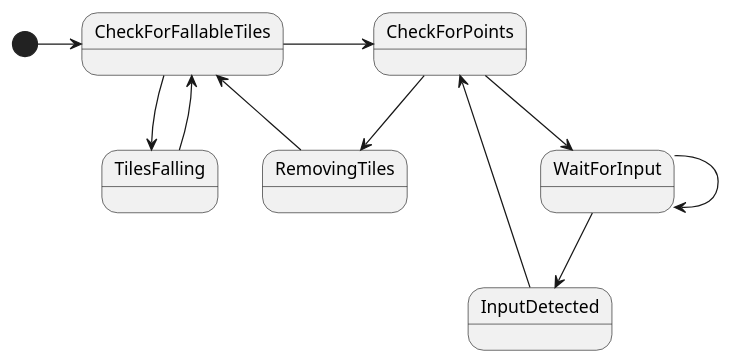
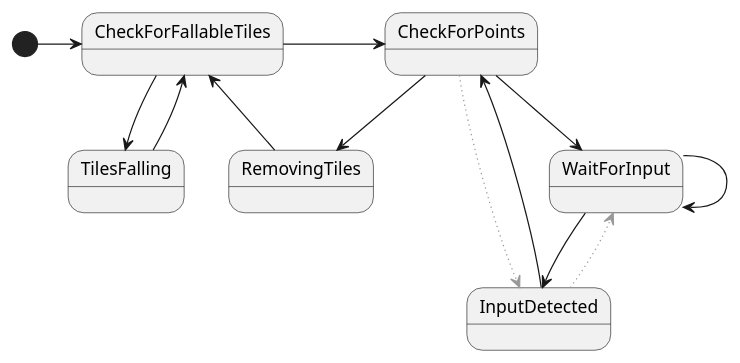
Before and after one commit to huntj88/TileGame: the diagram in statemachine.puml, drawn with PlantUML. The commit also changed 6 other files, not shown here.

```diff
--- a/statemachine.puml
+++ b/statemachine.puml
@@ -1,21 +1,21 @@
 @startuml
 
 [*] -> CheckForFallableTiles
-WaitForInput --> InputDetected
+WaitForInput -> InputDetected
 WaitForInput --> WaitForInput
 InputDetected -> CheckForPoints
 CheckForPoints --> WaitForInput
 CheckForPoints -> RemovingTiles
 RemovingTiles --> CheckForFallableTiles
 CheckForFallableTiles -> CheckForPoints
 CheckForFallableTiles -> TilesFalling
 TilesFalling --> CheckForFallableTiles
 
 
-'also part of the state machine, but not included to simplify rendering.
+'also part of the state machine, but not main path.
 'used for switching back when no match found after sliding a tile
 
-'InputDetected --> WaitForInput
-'CheckForPoints --> InputDetected
+InputDetected --[#999999,dotted]> WaitForInput
+CheckForPoints -[#999999,dotted]> InputDetected
 
 @enduml
```
